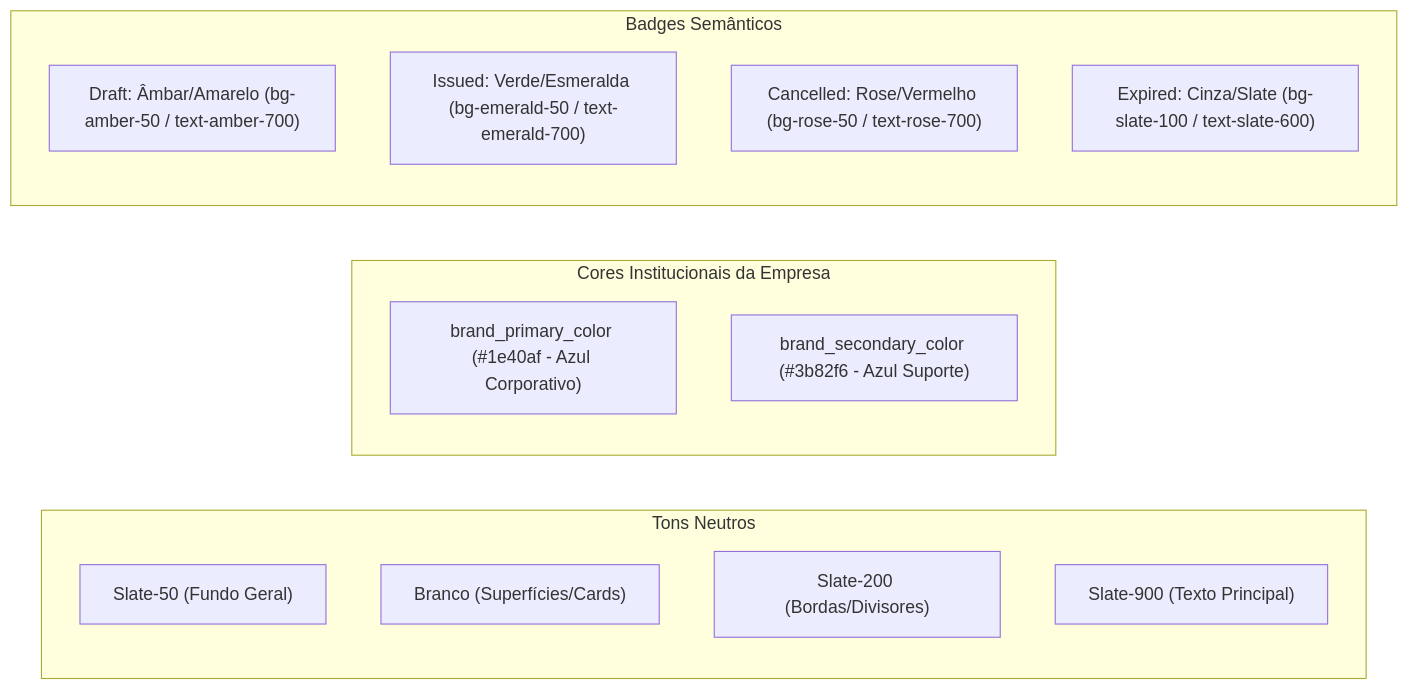
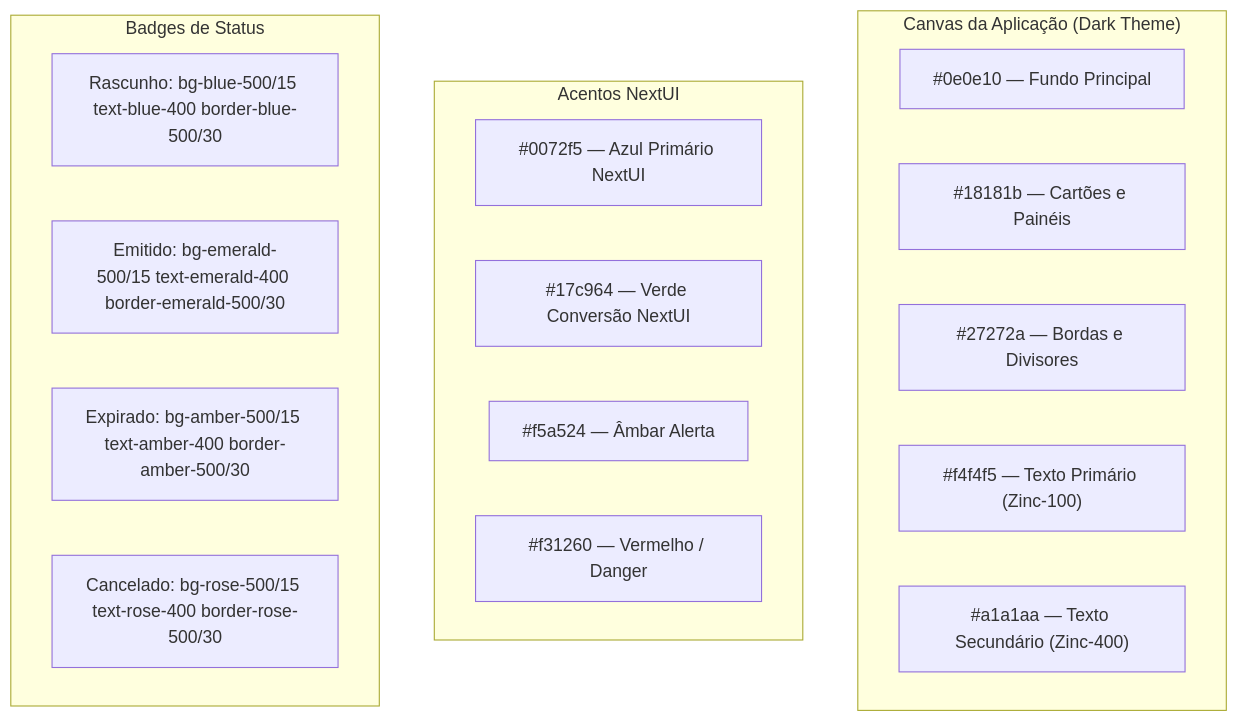
The diagram in docs/4-BRIEFING-DE-DESIGN.md (Ronickbr/gerador-orcamentos), drawn with Mermaid before and after one commit. The commit also changed other lines of this file and 20 other files, not shown here.

````diff
--- a/docs/4-BRIEFING-DE-DESIGN.md
+++ b/docs/4-BRIEFING-DE-DESIGN.md
@@ -27,21 +29,24 @@
 ```mermaid
-flowchart LR
-    subgraph Neutros ["Tons Neutros"]
-        N1["Slate-50 (Fundo Geral)"]
-        N2["Branco (Superfícies/Cards)"]
-        N3["Slate-200 (Bordas/Divisores)"]
-        N4["Slate-900 (Texto Principal)"]
+flowchart TD
+    subgraph AppCanvas ["Canvas da Aplicação (Dark Theme)"]
+        BG["#0e0e10 — Fundo Principal"]
+        Card["#18181b — Cartões e Painéis"]
+        Border["#27272a — Bordas e Divisores"]
+        TextP["#f4f4f5 — Texto Primário (Zinc-100)"]
+        TextS["#a1a1aa — Texto Secundário (Zinc-400)"]
     end
 
-    subgraph Marca ["Cores Institucionais da Empresa"]
-        P1["brand_primary_color (#1e40af - Azul Corporativo)"]
-        P2["brand_secondary_color (#3b82f6 - Azul Suporte)"]
+    subgraph Accents ["Acentos NextUI"]
+        B["#0072f5 — Azul Primário NextUI"]
+        G["#17c964 — Verde Conversão NextUI"]
+        W["#f5a524 — Âmbar Alerta"]
+        D["#f31260 — Vermelho / Danger"]
     end
 
-    subgraph Status ["Badges Semânticos"]
-        S1["Draft: Âmbar/Amarelo (bg-amber-50 / text-amber-700)"]
-        S2["Issued: Verde/Esmeralda (bg-emerald-50 / text-emerald-700)"]
-        S3["Cancelled: Rose/Vermelho (bg-rose-50 / text-rose-700)"]
-        S4["Expired: Cinza/Slate (bg-slate-100 / text-slate-600)"]
+    subgraph Badges ["Badges de Status"]
+        Draft["Rascunho: bg-blue-500/15 text-blue-400 border-blue-500/30"]
+        Issued["Emitido: bg-emerald-500/15 text-emerald-400 border-emerald-500/30"]
+        Expired["Expirado: bg-amber-500/15 text-amber-400 border-amber-500/30"]
+        Cancelled["Cancelado: bg-rose-500/15 text-rose-400 border-rose-500/30"]
     end
 ```
````
